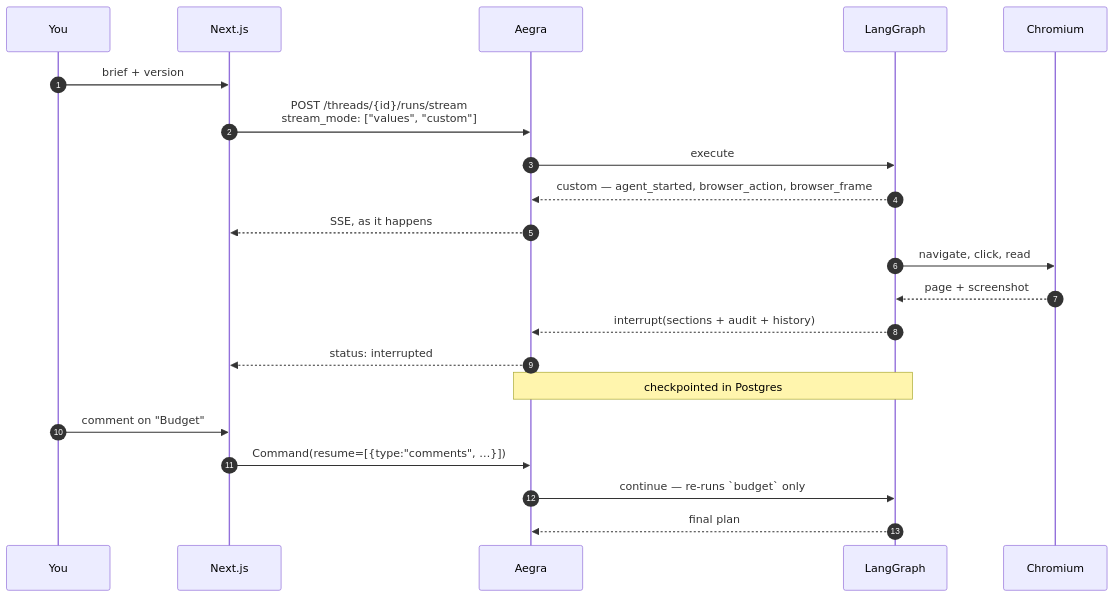
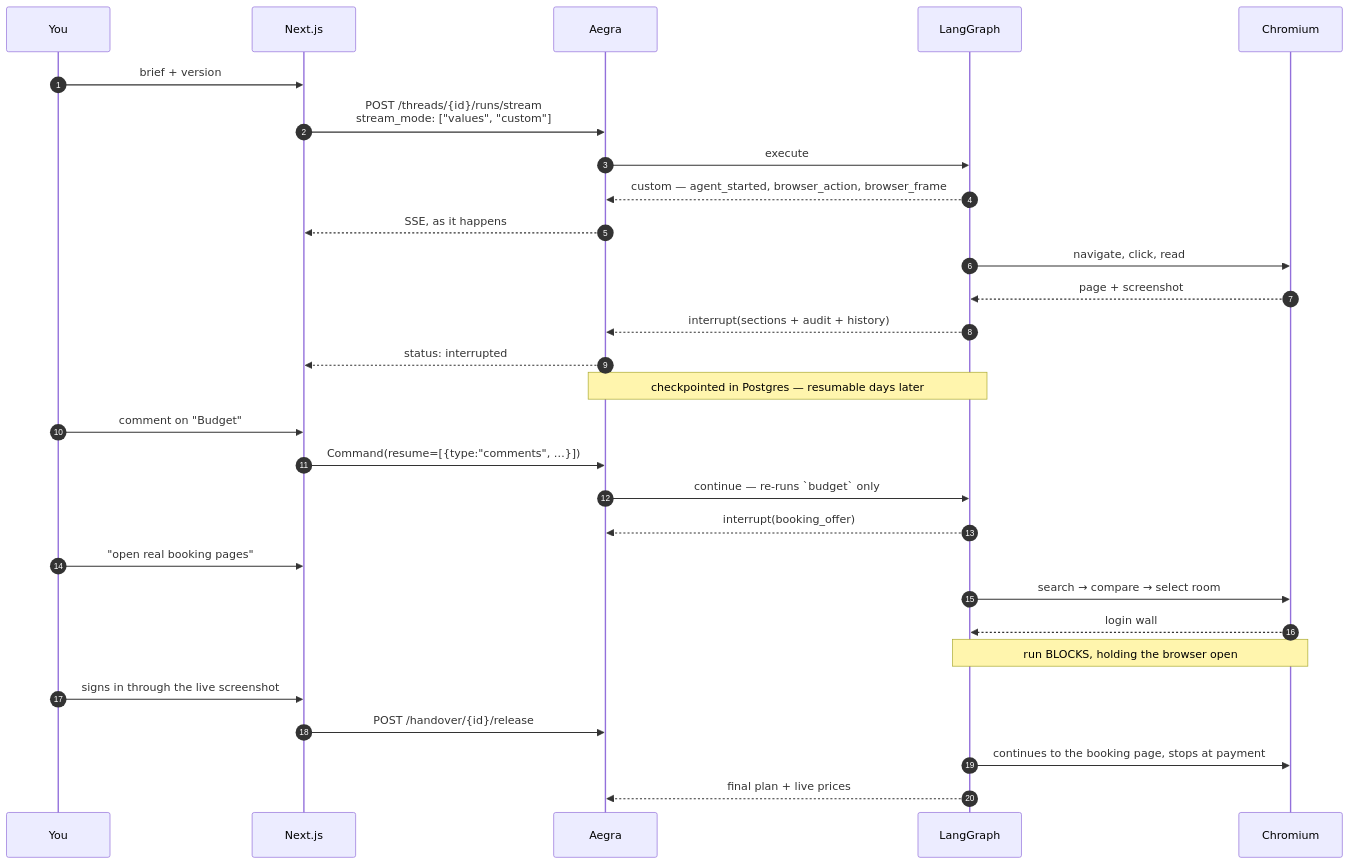
One commit to adarshcod30/Travel-Planner-Agent changed the second of 3 diagrams in README.md. Above: the diagram before and after it, drawn with Mermaid. The commit also changed other lines of this file and 1 other file, not shown here.

````diff
--- a/README.md
+++ b/README.md
@@ -204,26 +241,35 @@
 ```mermaid
 sequenceDiagram
     autonumber
     participant U as You
     participant UI as Next.js
     participant A as Aegra
     participant G as LangGraph
     participant B as Chromium
 
     U->>UI: brief + version
     UI->>A: POST /threads/{id}/runs/stream<br/>stream_mode: ["values", "custom"]
     A->>G: execute
 
     G-->>A: custom — agent_started, browser_action, browser_frame
     A-->>UI: SSE, as it happens
     G->>B: navigate, click, read
     B-->>G: page + screenshot
 
     G-->>A: interrupt(sections + audit + history)
     A-->>UI: status: interrupted
-    Note over A,G: checkpointed in Postgres
+    Note over A,G: checkpointed in Postgres — resumable days later
     U->>UI: comment on "Budget"
     UI->>A: Command(resume=[{type:"comments", …}])
     A->>G: continue — re-runs `budget` only
-    G-->>A: final plan
+
+    G-->>A: interrupt(booking_offer)
+    U->>UI: "open real booking pages"
+    G->>B: search → compare → select room
+    B-->>G: login wall
+    Note over G,B: run BLOCKS, holding the browser open
+    U->>UI: signs in through the live screenshot
+    UI->>A: POST /handover/{id}/release
+    G->>B: continues to the booking page, stops at payment
+    G-->>A: final plan + live prices
 ```
````
